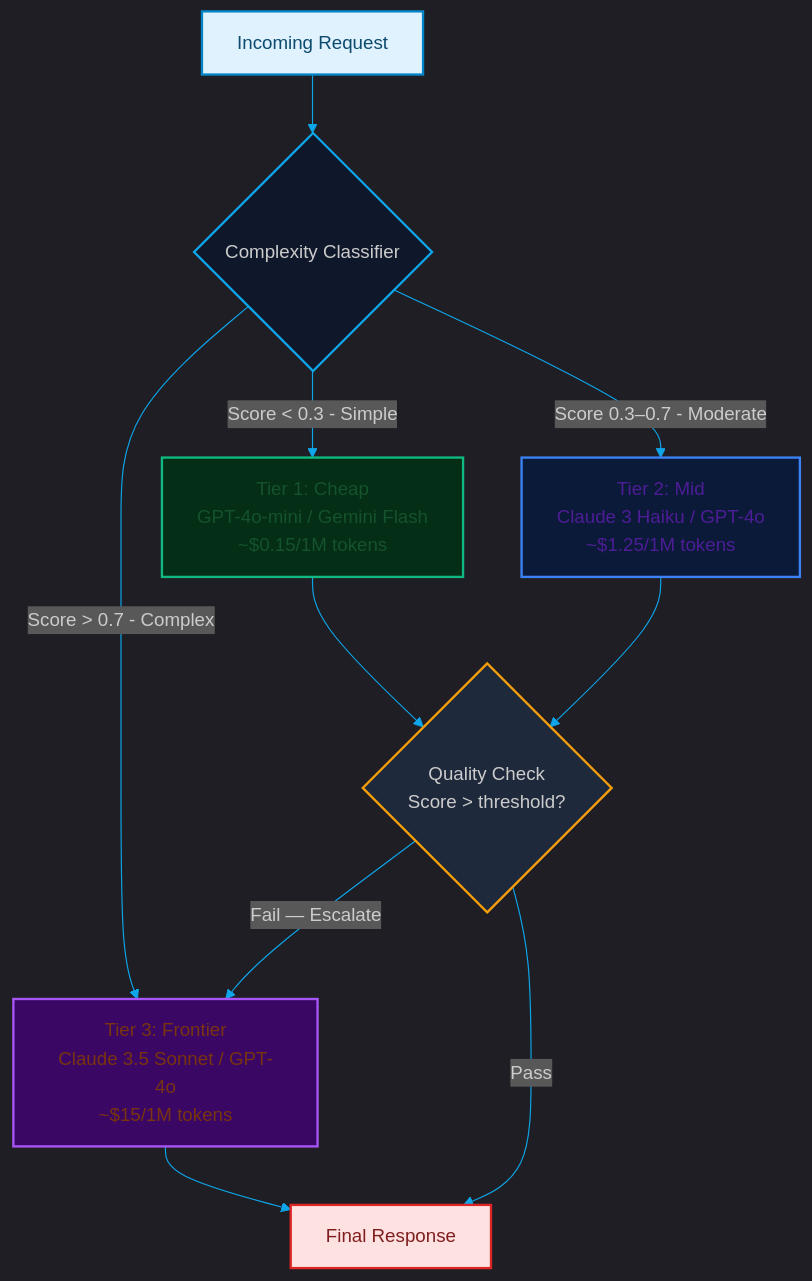
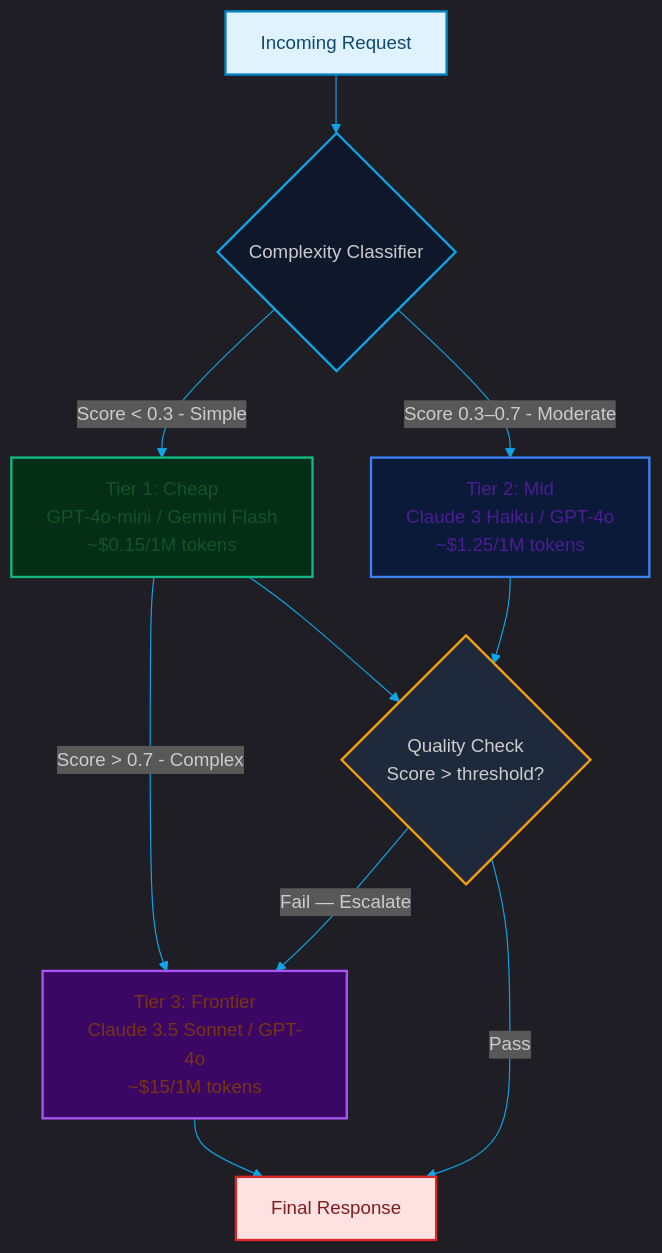
One commit to akmalkhaniub/akmalkhaniub.github.io changed the first of 2 diagrams in blog/posts/model-routing-litellm-routellm.md. Above: the diagram before and after it, drawn with Mermaid. The commit also changed 894 other files, not shown here.

Commit message:
feat(blog): upgrade all 444 posts with unique staggered dates, 2-col Mermaid spines, benchmark tables, code blocks, and trade-offs

````diff
--- a/blog/posts/model-routing-litellm-routellm.md
+++ b/blog/posts/model-routing-litellm-routellm.md
@@ -27,33 +27,33 @@
 ```mermaid
 %%{init: {'theme': 'dark', 'themeVariables': { 'primaryColor': '#0ea5e9', 'primaryTextColor': '#f3f4f6', 'primaryBorderColor': '#38bdf8', 'lineColor': '#0ea5e9', 'secondaryColor': '#111827', 'tertiaryColor': '#0f172a'}}}%%
 flowchart TD
     U["Incoming Request"] --> C{Complexity Classifier}
     
     C -->|Score < 0.3 - Simple| T1[" Tier 1: Cheap<br/>GPT-4o-mini / Gemini Flash<br/>~$0.15/1M tokens"]
     C -->|Score 0.3–0.7 - Moderate| T2[" Tier 2: Mid<br/>Claude 3 Haiku / GPT-4o<br/>~$1.25/1M tokens"]
-    C -->|Score > 0.7 - Complex| T3[" Tier 3: Frontier<br/>Claude 3.5 Sonnet / GPT-4o<br/>~$15/1M tokens"]
+    T1 --> |Score > 0.7 - Complex| T3[" Tier 3: Frontier<br/>Claude 3.5 Sonnet / GPT-4o<br/>~$15/1M tokens"]
     
     T1 --> QC{Quality Check<br/>Score > threshold?}
     T2 --> QC
     T3 --> R["Final Response"]
     
     QC -->|Pass| R
     QC -->|Fail — Escalate| T3
 
     style C fill:#0f172a,stroke:#0ea5e9,stroke-width:2px
     style T1 fill:#052e16,stroke:#10b981,stroke-width:2px
     style T2 fill:#0c1a3a,stroke:#3b82f6,stroke-width:2px
     style T3 fill:#3b0764,stroke:#a855f7,stroke-width:2px
     style QC fill:#1e293b,stroke:#f59e0b,stroke-width:2px
 
 classDef green fill:#dcfce7,stroke:#16a34a,stroke-width:2px,color:#14532d;
 classDef red fill:#fee2e2,stroke:#dc2626,stroke-width:2px,color:#7f1d1d;
 classDef blue fill:#e0f2fe,stroke:#0284c7,stroke-width:2px,color:#0c4a6e;
 classDef yellow fill:#fef3c7,stroke:#d97706,stroke-width:2px,color:#78350f;
 classDef purple fill:#ede9fe,stroke:#7c3aed,stroke-width:2px,color:#4c1d95;
 class U blue
 class T1 green
 class T2 purple
 class T3 yellow
 class R red
 ```
````
